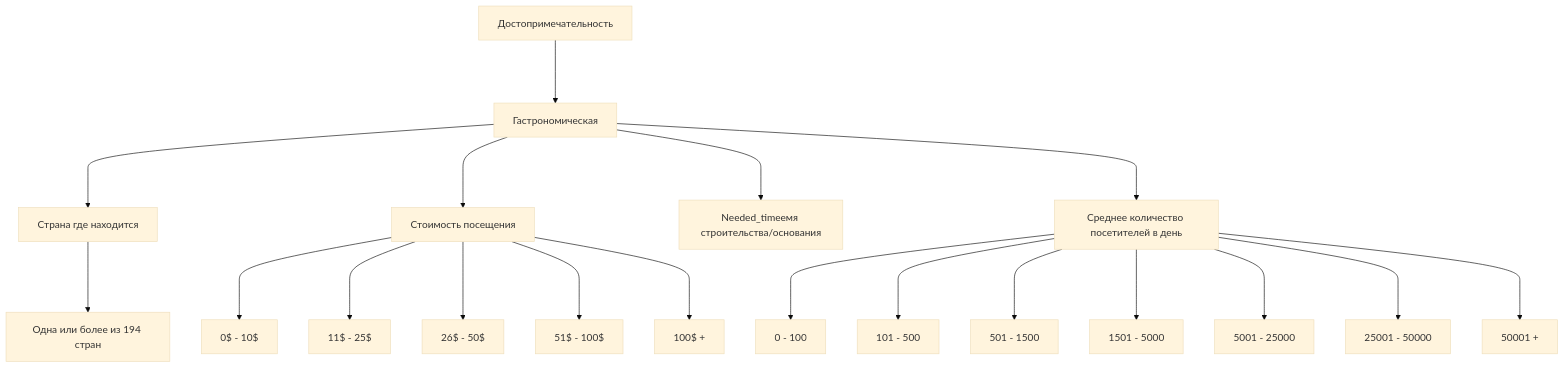
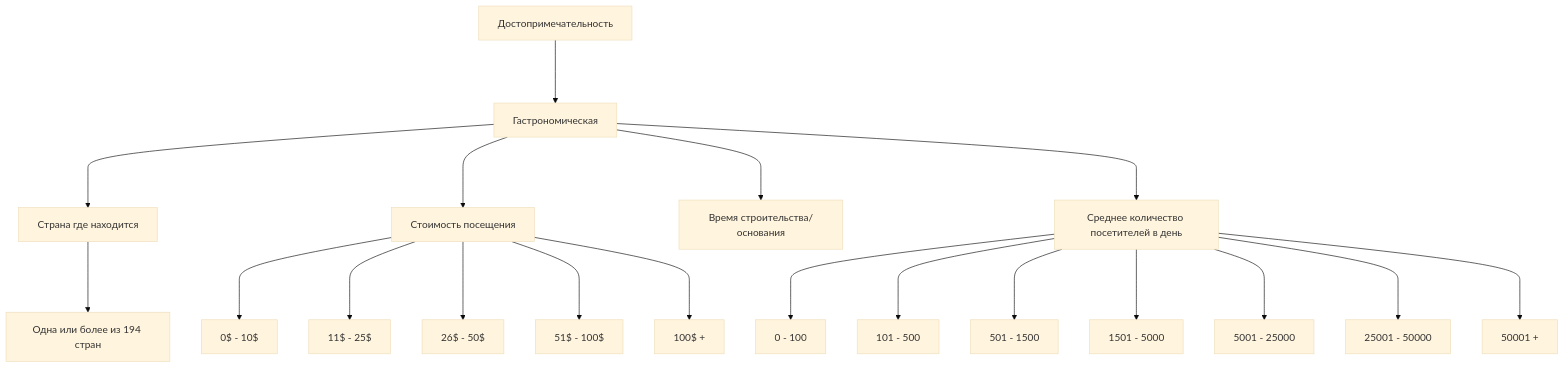
Before and after one commit to demonblo/artificial-intelligence-systems: the diagram in lab_01/Gastronomic_tree.md, drawn with Mermaid (base theme). The commit also changed 1 other file, not shown here.

Commit message:
edit invalid properties

````diff
--- a/lab_01/Gastronomic_tree.md
+++ b/lab_01/Gastronomic_tree.md
@@ -1,25 +1,25 @@
 ```mermaid
 flowchart TD
 Достопримечательность ---> Гастрономическая
 
 Гастрономическая ---> Country_of_residence_gastronomic[Страна где находится]
 Гастрономическая ---> Cost_of_visit_gastronomic[Стоимость посещения]
-Гастрономическая ---> Founding_date_gastronomic[Needed_timeемя строительства/основания]
+Гастрономическая ---> Founding_date_gastronomic[Время строительства/основания]
 Гастрономическая ---> Count_of_visitors_gastronomic[Среднее количество посетителей в день]
 
 Country_of_residence_gastronomic ---> Countries_gastronomic[Одна или более из 194 стран]
 
 Cost_of_visit_gastronomic ---> low_cost_gastronomic[0$ - 10$]
 Cost_of_visit_gastronomic ---> upper_low_cost_gastronomic[11$ - 25$]
 Cost_of_visit_gastronomic ---> medium_cost_gastronomic[26$ - 50$]
 Cost_of_visit_gastronomic ---> upper_medium_cost_gastronomic[51$ - 100$]
 Cost_of_visit_gastronomic ---> high_cost_gastronomic[100$ +]
 
 Count_of_visitors_gastronomic ---> super_low_count_gastronomic[0 - 100]
 Count_of_visitors_gastronomic ---> low_count_gastronomic[101 - 500]
 Count_of_visitors_gastronomic ---> upper_low_count_gastronomic[501 - 1500]
 Count_of_visitors_gastronomic ---> medium_count_gastronomic[1501 - 5000]
 Count_of_visitors_gastronomic ---> upper_medium_count_gastronomic[5001 - 25000]
 Count_of_visitors_gastronomic ---> high_count_gastronomic[25001 - 50000]
 Count_of_visitors_gastronomic ---> mega_high_count_gastronomic[50001 +]
 ```
````
